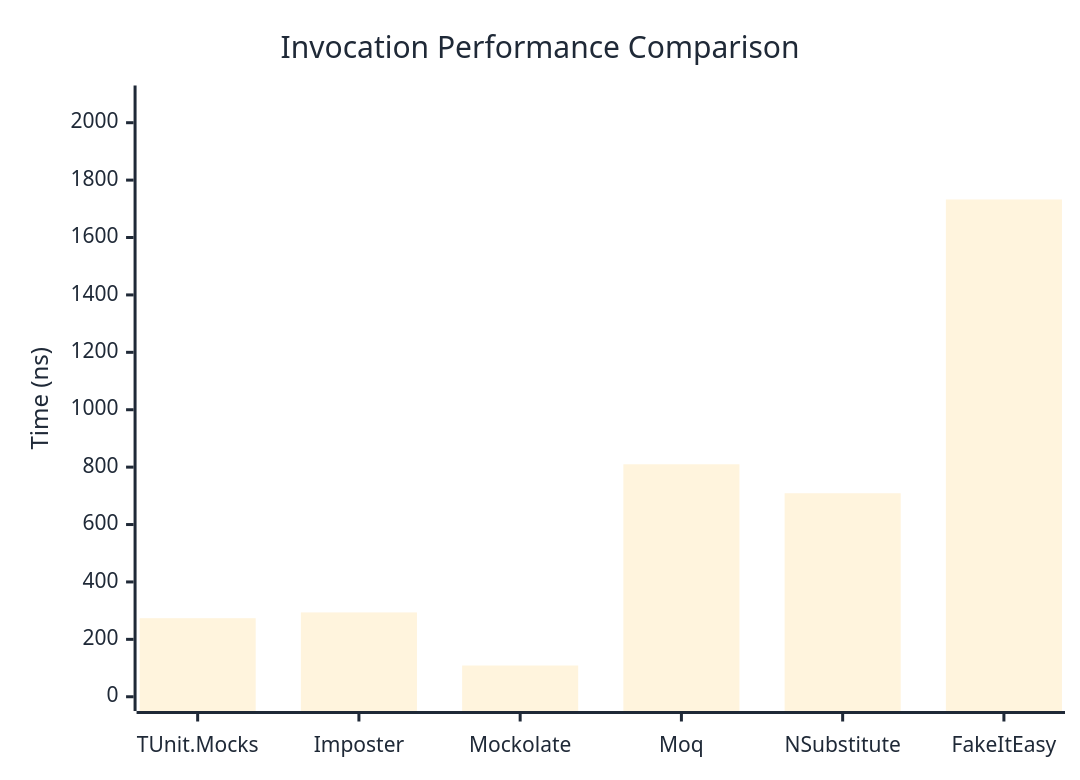
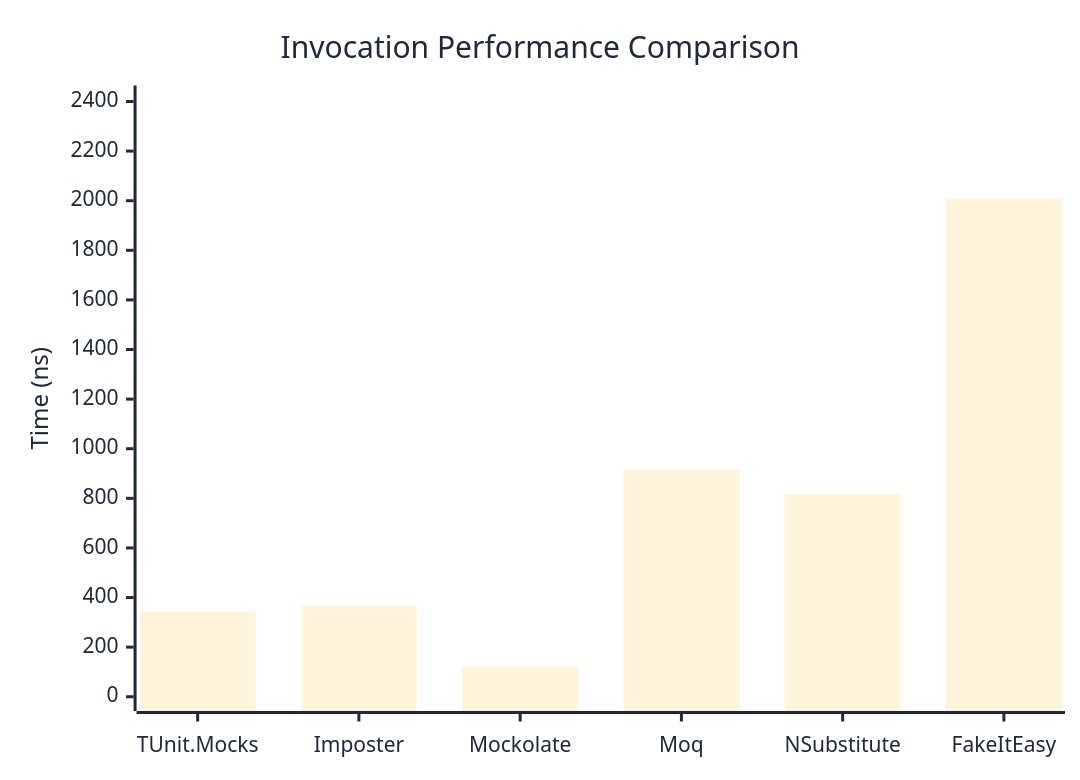
The first of 3 diagrams in docs/docs/benchmarks/mocks/Invocation.md (thomhurst/TUnit), drawn with Mermaid before and after one commit. The commit also changed other lines of this file and 14 other files, not shown here.

````diff
--- a/docs/docs/benchmarks/mocks/Invocation.md
+++ b/docs/docs/benchmarks/mocks/Invocation.md
@@ -30,27 +30,27 @@
 ```mermaid
 %%{init: {
   'theme':'base',
   'themeVariables': {
     'primaryColor': '#2563eb',
     'primaryTextColor': '#1f2937',
     'primaryBorderColor': '#1e40af',
     'lineColor': '#6b7280',
     'secondaryColor': '#7c3aed',
     'tertiaryColor': '#dc2626',
     'background': '#ffffff',
     'pie1': '#2563eb',
     'pie2': '#7c3aed',
     'pie3': '#dc2626',
     'pie4': '#f59e0b',
     'pie5': '#10b981',
     'pie6': '#06b6d4',
     'pie7': '#ec4899',
     'pie8': '#6366f1'
   }
 }}%%
 xychart-beta
   title "Invocation Performance Comparison"
   x-axis ["TUnit.Mocks", "Imposter", "Mockolate", "Moq", "NSubstitute", "FakeItEasy"]
-  y-axis "Time (ns)" 0 --> 2080
-  bar [273.67, 293.85, 108.82, 809.95, 709.05, 1732.57]
+  y-axis "Time (ns)" 0 --> 2407
+  bar [344.9, 367.6, 120.8, 915.9, 817.7, 2005.6]
 ```
````
